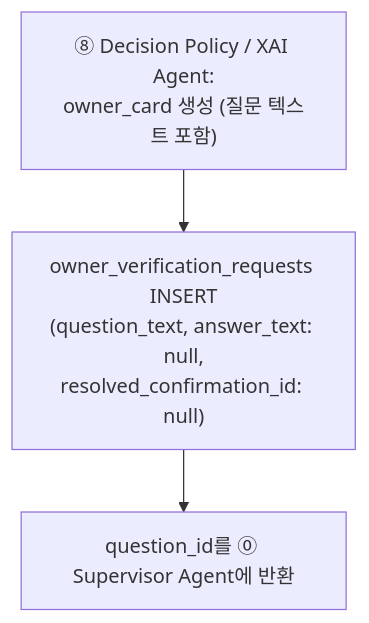
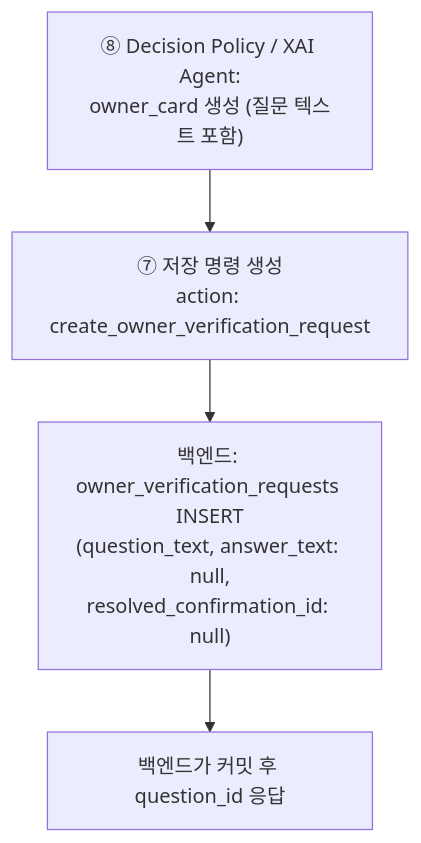
The third of 4 diagrams in docs/agent-7-dbupdate.md (Han-Spoon/ai), drawn with Mermaid before and after one commit. The commit also changed other lines of this file and 2 other files, not shown here.

Commit message:
docs: align agent 4, 5, 7 specs with team docs

````diff
--- a/docs/agent-7-dbupdate.md
+++ b/docs/agent-7-dbupdate.md
@@ -117,5 +188,6 @@
 ```mermaid
 flowchart TD
-    IN["⑧ Decision Policy / XAI Agent:<br/>owner_card 생성 (질문 텍스트 포함)"] --> INS["owner_verification_requests INSERT<br/>(question_text, answer_text: null,<br/>resolved_confirmation_id: null)"]
-    INS --> OUT["question_id를 ⓪ Supervisor Agent에 반환"]
+    IN["⑧ Decision Policy / XAI Agent:<br/>owner_card 생성 (질문 텍스트 포함)"] --> CMD["⑦ 저장 명령 생성<br/>action: create_owner_verification_request"]
+    CMD --> INS["백엔드: owner_verification_requests INSERT<br/>(question_text, answer_text: null,<br/>resolved_confirmation_id: null)"]
+    INS --> OUT["백엔드가 커밋 후 question_id 응답"]
 ```
````
